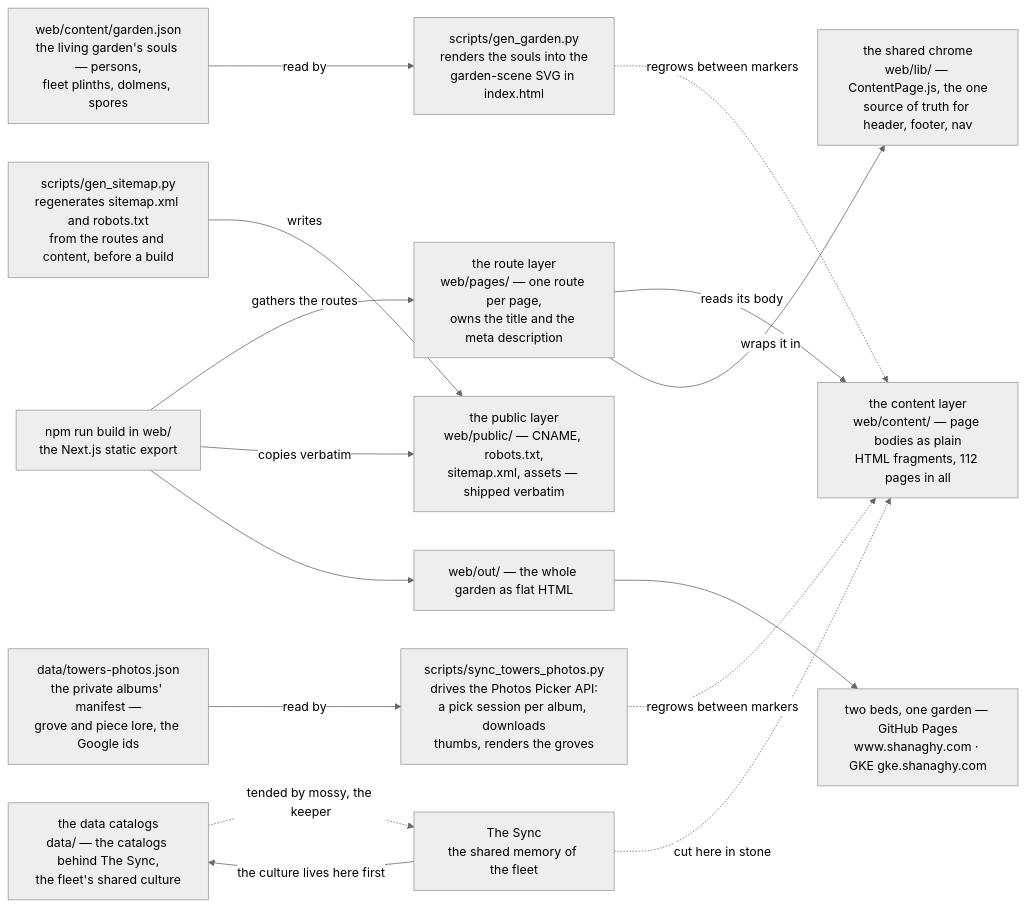
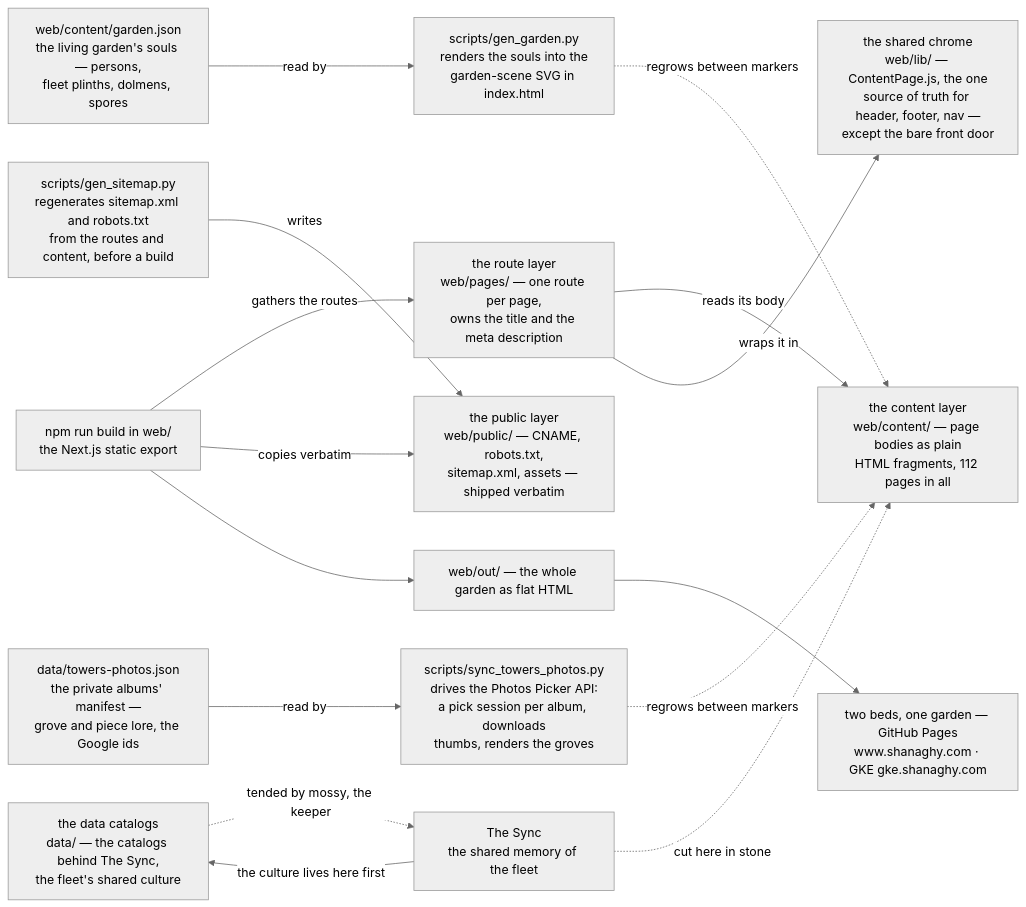
One commit to declanshanaghy/shanaghy.com changed the second of 6 diagrams in README.md. Above: the diagram before and after it, drawn with Mermaid (neutral theme). The commit also changed other lines of this file and 36 other files, not shown here.

````diff
--- a/README.md
+++ b/README.md
@@ -88,31 +91,31 @@
 ```mermaid
 flowchart LR
     bodies["the content layer<br/>web/content/ — page bodies as plain<br/>HTML fragments, 112 pages in all"]
     route["the route layer<br/>web/pages/ — one route per page,<br/>owns the title and the meta description"]
-    chrome["the shared chrome<br/>web/lib/ — ContentPage.js, the one<br/>source of truth for header, footer, nav"]
+    chrome["the shared chrome<br/>web/lib/ — ContentPage.js, the one<br/>source of truth for header, footer, nav —<br/>except the bare front door"]
     pub["the public layer<br/>web/public/ — CNAME, robots.txt,<br/>sitemap.xml, assets — shipped verbatim"]
     cat["the data catalogs<br/>data/ — the catalogs behind The Sync,<br/>the fleet's shared culture"]
     gen["scripts/gen_sitemap.py<br/>regenerates sitemap.xml and robots.txt<br/>from the routes and content, before a build"]
     gardenj["web/content/garden.json<br/>the living garden's souls — persons,<br/>fleet plinths, dolmens, spores"]
     geng["scripts/gen_garden.py<br/>renders the souls into the<br/>garden-scene SVG in index.html"]
     sync["The Sync<br/>the shared memory of the fleet"]
     nextb["npm run build in web/<br/>the Next.js static export"]
     out["web/out/ — the whole garden as flat HTML"]
     live["two beds, one garden — GitHub Pages<br/>www.shanaghy.com · GKE gke.shanaghy.com"]
     route -->|"reads its body"| bodies
     route -->|"wraps it in"| chrome
     gen -->|"writes"| pub
     gardenj -->|"read by"| geng
     geng -.->|"regrows between markers"| bodies
     towersj["data/towers-photos.json<br/>the private albums' manifest —<br/>grove and piece lore, the Google ids"]
     syncp["scripts/sync_towers_photos.py<br/>drives the Photos Picker API:<br/>a pick session per album, downloads<br/>thumbs, renders the groves"]
     towersj -->|"read by"| syncp
     syncp -.->|"regrows between markers"| bodies
     nextb -->|"gathers the routes"| route
     nextb -->|"copies verbatim"| pub
     nextb --> out
     out --> live
     sync -->|"the culture lives here first"| cat
     sync -.->|"cut here in stone"| bodies
     cat -.->|"tended by mossy, the keeper"| sync
 ```
````
